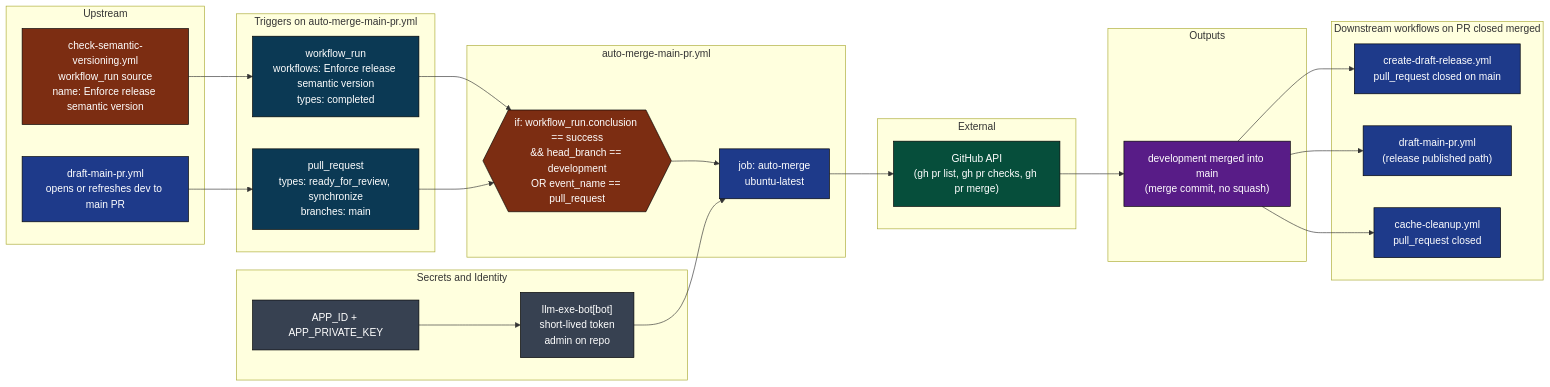
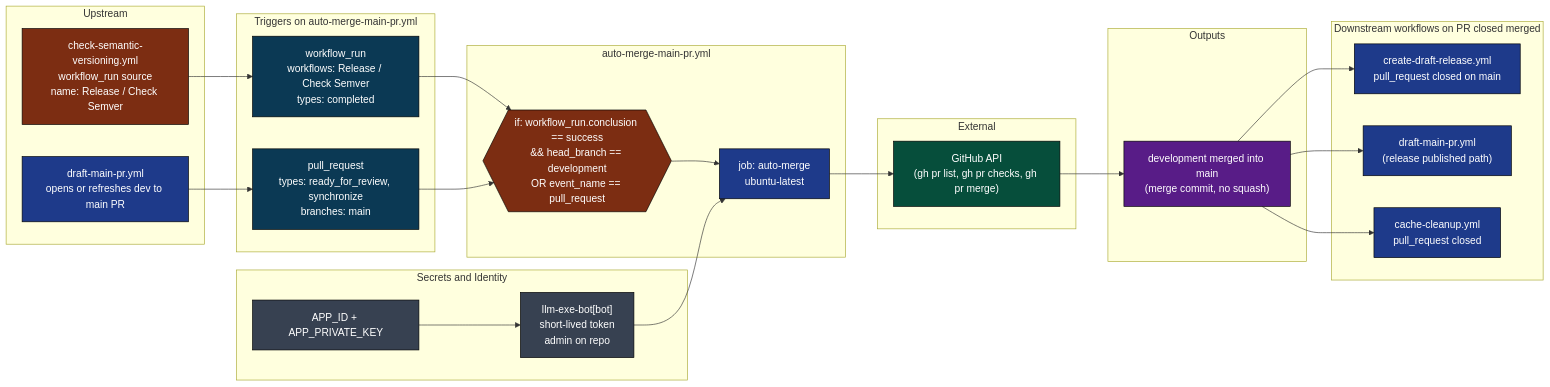
Before and after one commit to gregreindel/llm-exe: the first of 13 diagrams in .github/docs/AUTO_MERGE_MAIN_PR_DEEP_DIVE.md, drawn with Mermaid. The commit also changed other lines of this file and 5 other files, not shown here.

````diff
--- a/.github/docs/AUTO_MERGE_MAIN_PR_DEEP_DIVE.md
+++ b/.github/docs/AUTO_MERGE_MAIN_PR_DEEP_DIVE.md
@@ -29,56 +29,56 @@
 ```mermaid
 flowchart LR
     classDef trig fill:#0b3954,color:#fff,stroke:#000
     classDef gate fill:#7c2d12,color:#fff,stroke:#000
     classDef job fill:#1e3a8a,color:#fff,stroke:#000
     classDef ext fill:#064e3b,color:#fff,stroke:#000
     classDef file fill:#374151,color:#fff,stroke:#000
     classDef out fill:#581c87,color:#fff,stroke:#000
 
     subgraph Up["Upstream"]
         U1["draft-main-pr.yml\nopens or refreshes dev to main PR"]:::job
-        U2["check-semantic-versioning.yml\nworkflow_run source\nname: Enforce release semantic version"]:::gate
+        U2["check-semantic-versioning.yml\nworkflow_run source\nname: Release / Check Semver"]:::gate
     end
 
     subgraph T["Triggers on auto-merge-main-pr.yml"]
-        t1["workflow_run\nworkflows: Enforce release semantic version\ntypes: completed"]:::trig
+        t1["workflow_run\nworkflows: Release / Check Semver\ntypes: completed"]:::trig
         t2["pull_request\ntypes: ready_for_review, synchronize\nbranches: main"]:::trig
     end
 
     subgraph A["auto-merge-main-pr.yml"]
         cond{{"if: workflow_run.conclusion == success\n&& head_branch == development\nOR event_name == pull_request"}}:::gate
         J["job: auto-merge\nubuntu-latest"]:::job
         cond --> J
     end
 
     subgraph S["Secrets and Identity"]
         s1["APP_ID + APP_PRIVATE_KEY"]:::file
         bot["llm-exe-bot[bot]\nshort-lived token\nadmin on repo"]:::file
         s1 --> bot
     end
 
     subgraph X["External"]
         gh["GitHub API\n(gh pr list, gh pr checks, gh pr merge)"]:::ext
     end
 
     subgraph O["Outputs"]
         merged["development merged into main\n(merge commit, no squash)"]:::out
     end
 
     subgraph D["Downstream workflows on PR closed merged"]
         d1["create-draft-release.yml\npull_request closed on main"]:::job
         d2["draft-main-pr.yml\n(release published path)"]:::job
         d3["cache-cleanup.yml\npull_request closed"]:::job
     end
 
     U1 --> t2
     U2 --> t1
     t1 --> cond
     t2 --> cond
     bot --> J
     J --> gh
     gh --> merged
     merged --> d1
     merged --> d2
     merged --> d3
 ```
````
